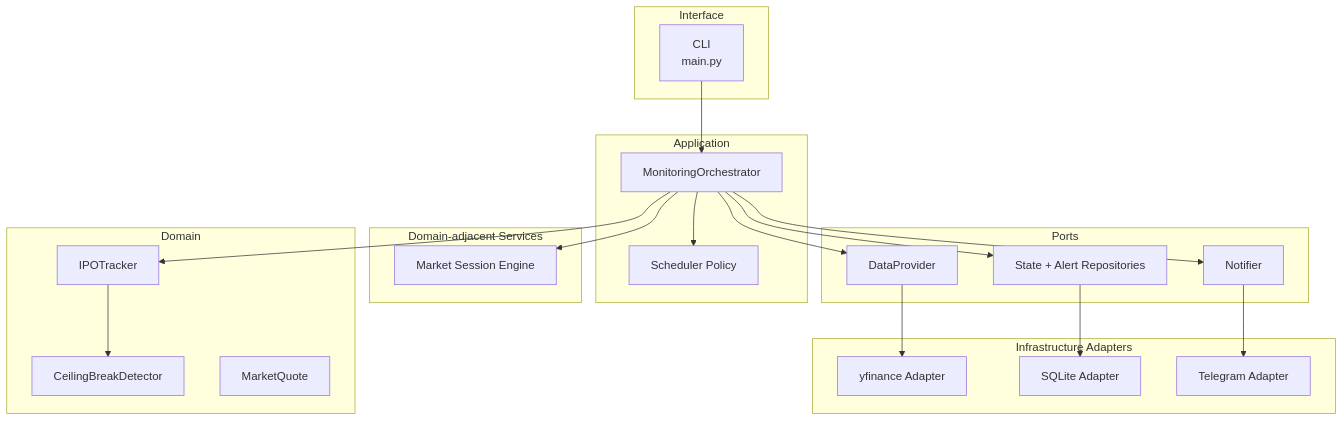
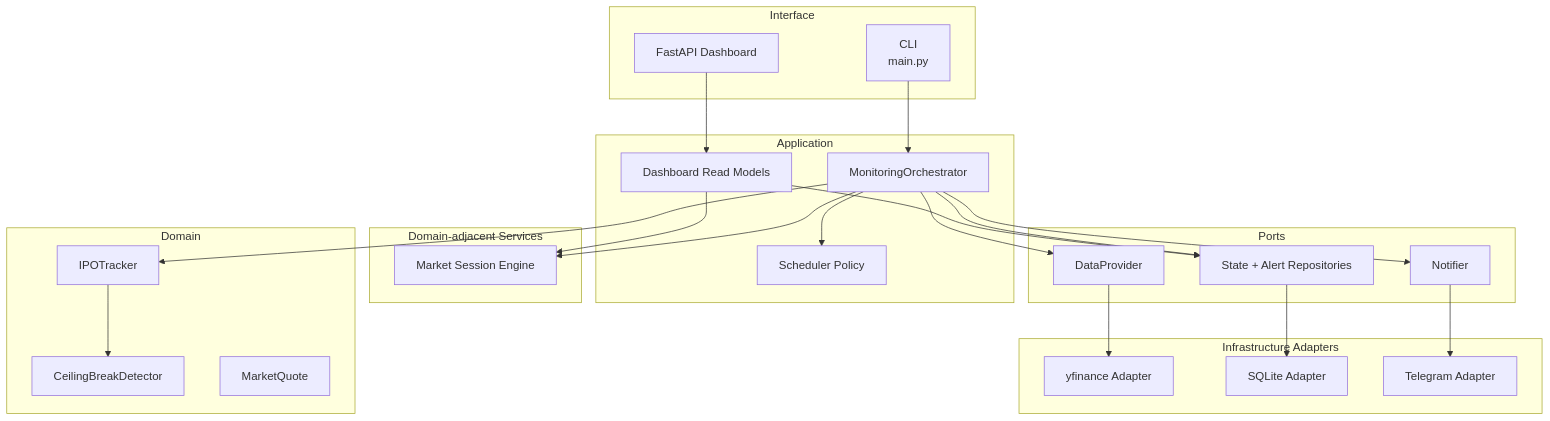
The diagram in docs/architecture.md (emreturgayie/bist-market-monitor), drawn with Mermaid before and after one commit. The commit also changed other lines of this file and 25 other files, not shown here.

````diff
--- a/docs/architecture.md
+++ b/docs/architecture.md
@@ -122,45 +139,50 @@
 ```mermaid
 flowchart TD
     subgraph Interface["Interface"]
         CLI["CLI<br/>main.py"]
+        Dashboard["FastAPI Dashboard"]
     end
 
     subgraph Application["Application"]
         App["MonitoringOrchestrator"]
+        ReadModels["Dashboard Read Models"]
         Scheduler["Scheduler Policy"]
     end
 
     subgraph Domain["Domain"]
         Tracker["IPOTracker"]
         Detector["CeilingBreakDetector"]
         Quote["MarketQuote"]
     end
 
     subgraph Services["Domain-adjacent Services"]
         Session["Market Session Engine"]
     end
 
     subgraph Ports["Ports"]
         DataPort["DataProvider"]
         RepoPort["State + Alert Repositories"]
         NotifyPort["Notifier"]
     end
 
     subgraph Adapters["Infrastructure Adapters"]
         YFinance["yfinance Adapter"]
         SQLite["SQLite Adapter"]
         Telegram["Telegram Adapter"]
     end
 
     CLI --> App
+    Dashboard --> ReadModels
     App --> Tracker
     Tracker --> Detector
+    ReadModels --> Session
+    ReadModels --> RepoPort
     App --> Session
     App --> Scheduler
     App --> DataPort
     App --> RepoPort
     App --> NotifyPort
     DataPort --> YFinance
     RepoPort --> SQLite
     NotifyPort --> Telegram
 ```
````
